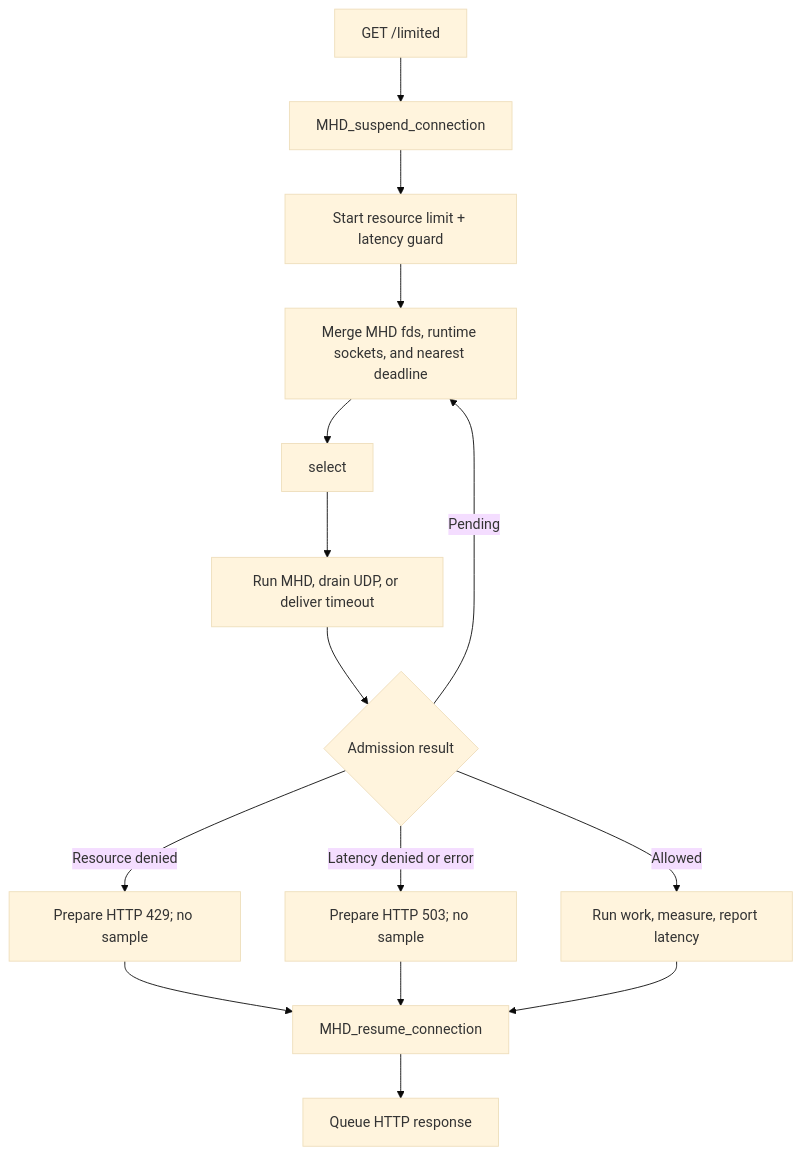
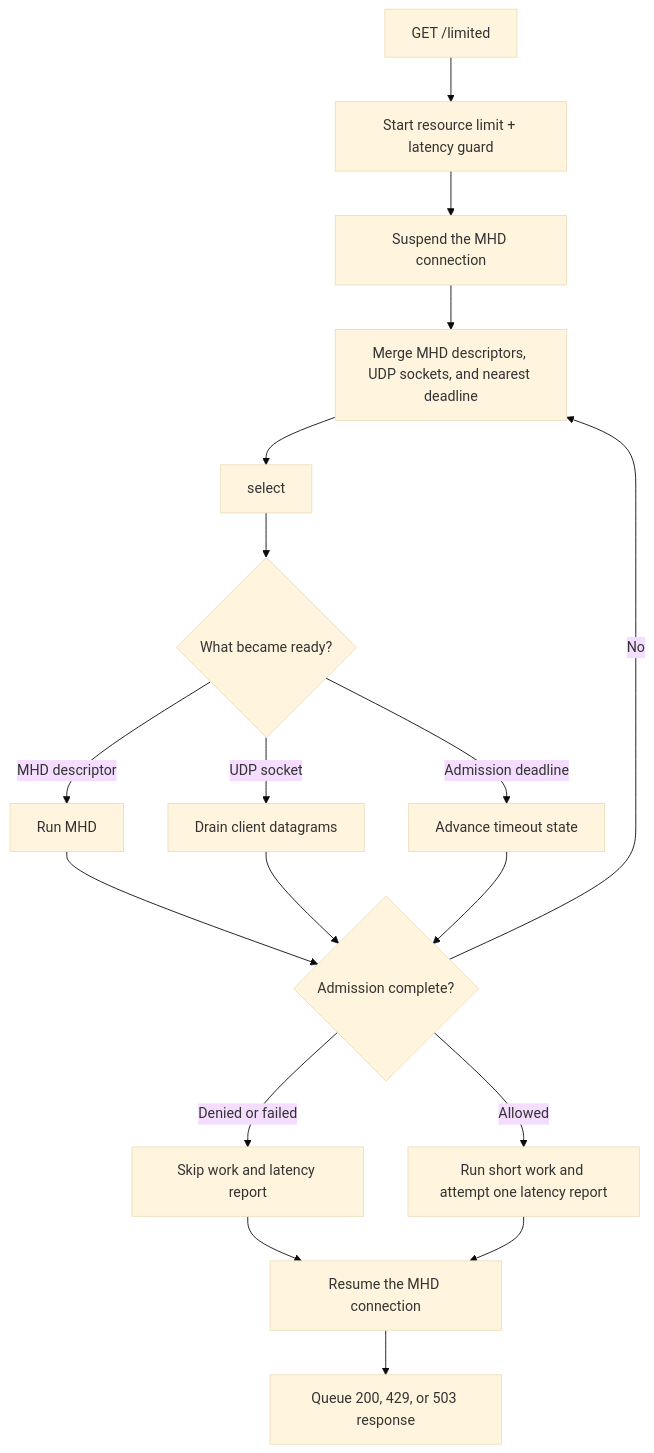
Before and after one commit to ratelimitly-com/rl-c-client: the diagram in examples/libmicrohttpd/README.md, drawn with Mermaid (base theme). The commit also changed other lines of this file, not shown here.

Commit message:
docs(microhttpd): expose suspend limits

````diff
--- a/examples/libmicrohttpd/README.md
+++ b/examples/libmicrohttpd/README.md
@@ -15,17 +34,20 @@
 ```mermaid
 flowchart TD
-    Request["GET /limited"] --> Suspend["MHD_suspend_connection"]
-    Suspend --> Start["Start resource limit + latency guard"]
-    Start --> Merge["Merge MHD fds, runtime sockets, and nearest deadline"]
+    Request["GET /limited"] --> Start["Start resource limit + latency guard"]
+    Start --> Suspend["Suspend the MHD connection"]
+    Suspend --> Merge["Merge MHD descriptors, UDP sockets, and nearest deadline"]
     Merge --> Wait["select"]
-    Wait --> Advance["Run MHD, drain UDP, or deliver timeout"]
-    Advance --> Decision{"Admission result"}
-    Decision -->|Pending| Merge
-    Decision -->|Resource denied| Rate["Prepare HTTP 429; no sample"]
-    Decision -->|Latency denied or error| Shed["Prepare HTTP 503; no sample"]
-    Decision -->|Allowed| Work["Run work, measure, report latency"]
-    Rate --> Resume["MHD_resume_connection"]
-    Shed --> Resume
+    Wait --> Advance{"What became ready?"}
+    Advance -->|MHD descriptor| Run["Run MHD"]
+    Advance -->|UDP socket| Read["Drain client datagrams"]
+    Advance -->|Admission deadline| Timeout["Advance timeout state"]
+    Run --> Decision{"Admission complete?"}
+    Read --> Decision
+    Timeout --> Decision
+    Decision -->|No| Merge
+    Decision -->|Denied or failed| Reject["Skip work and latency report"]
+    Decision -->|Allowed| Work["Run short work and attempt one latency report"]
+    Reject --> Resume["Resume the MHD connection"]
     Work --> Resume
-    Resume --> Response["Queue HTTP response"]
+    Resume --> Response["Queue 200, 429, or 503 response"]
 ```
````
